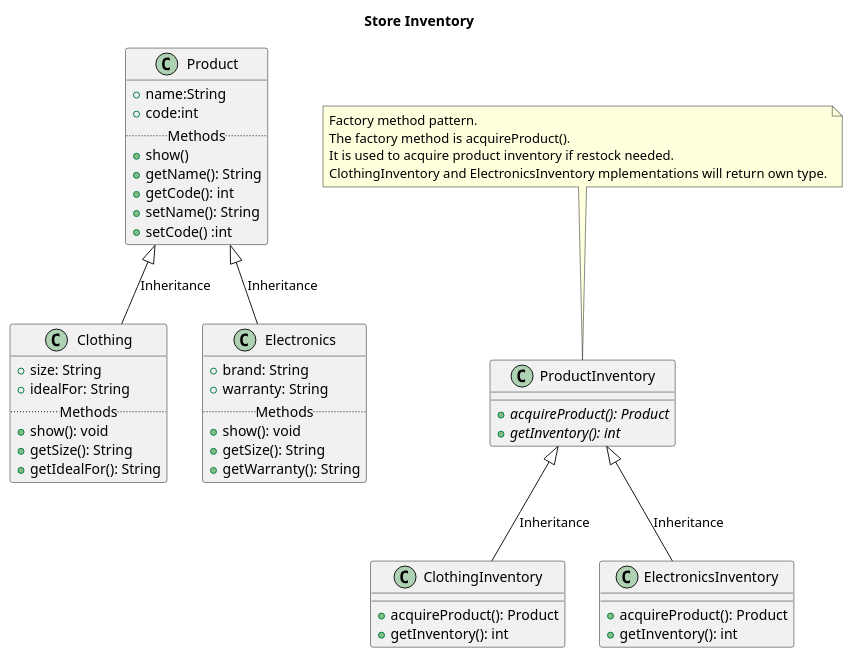
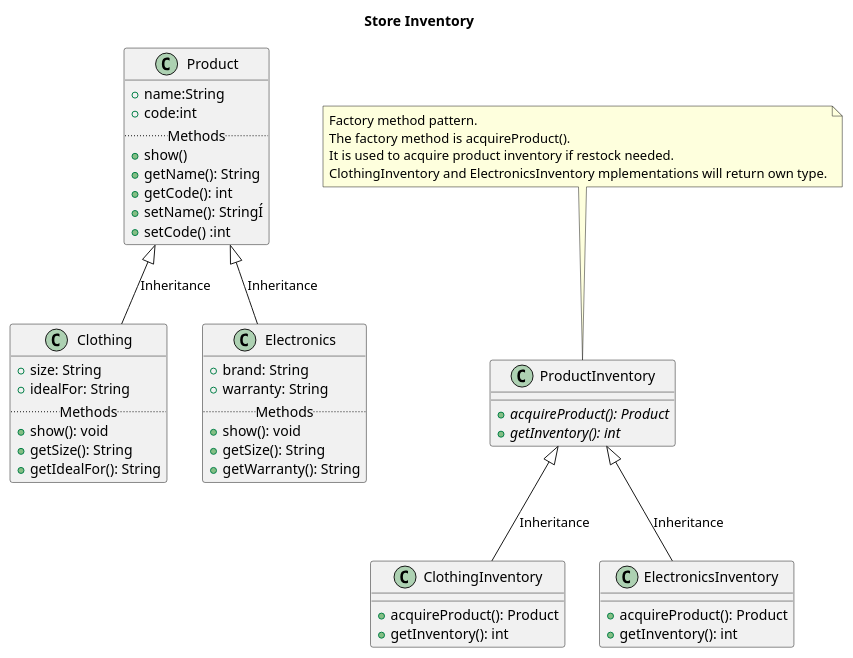
The diagram in designpatterns/store_inventory.plantuml (laurenpengyan/advancedjava), drawn with PlantUML before and after one commit.

Commit message:
Design pattern assignement

```diff
--- a/designpatterns/store_inventory.plantuml
+++ b/designpatterns/store_inventory.plantuml
@@ -1,59 +1,59 @@
 @startuml
 
 title Store Inventory
 
 class Product {
     +name:String
     +code:int
     .. Methods ..
     +show()
     +getName(): String
     +getCode(): int
-    +setName(): String
+    +setName(): StringÍ
      +setCode() :int
 }
 
 class Clothing {
     +size: String
     +idealFor: String
     .. Methods ..
     +show(): void
     +getSize(): String
     +getIdealFor(): String
 }
 
  
 class Electronics {
     +brand: String
     +warranty: String
     .. Methods ..
     +show(): void
     +getSize(): String
     +getWarranty(): String
 }
 
 Product <|-- Clothing: Inheritance
 Product <|-- Electronics: Inheritance
 
 class ProductInventory {
     {abstract} +acquireProduct(): Product    
     {abstract} +getInventory(): int
     
 }
 
 class ClothingInventory {
     +acquireProduct(): Product
     +getInventory(): int
 }
 
 class ElectronicsInventory {
     +acquireProduct(): Product
     +getInventory(): int
 }
 
 ProductInventory <|-- ClothingInventory: Inheritance
 ProductInventory <|-- ElectronicsInventory: Inheritance
 
 note top of ProductInventory: Factory method pattern.\nThe factory method is acquireProduct().\nIt is used to acquire product inventory if restock needed.\nClothingInventory and ElectronicsInventory mplementations will return own type.
 
 @enduml
```
